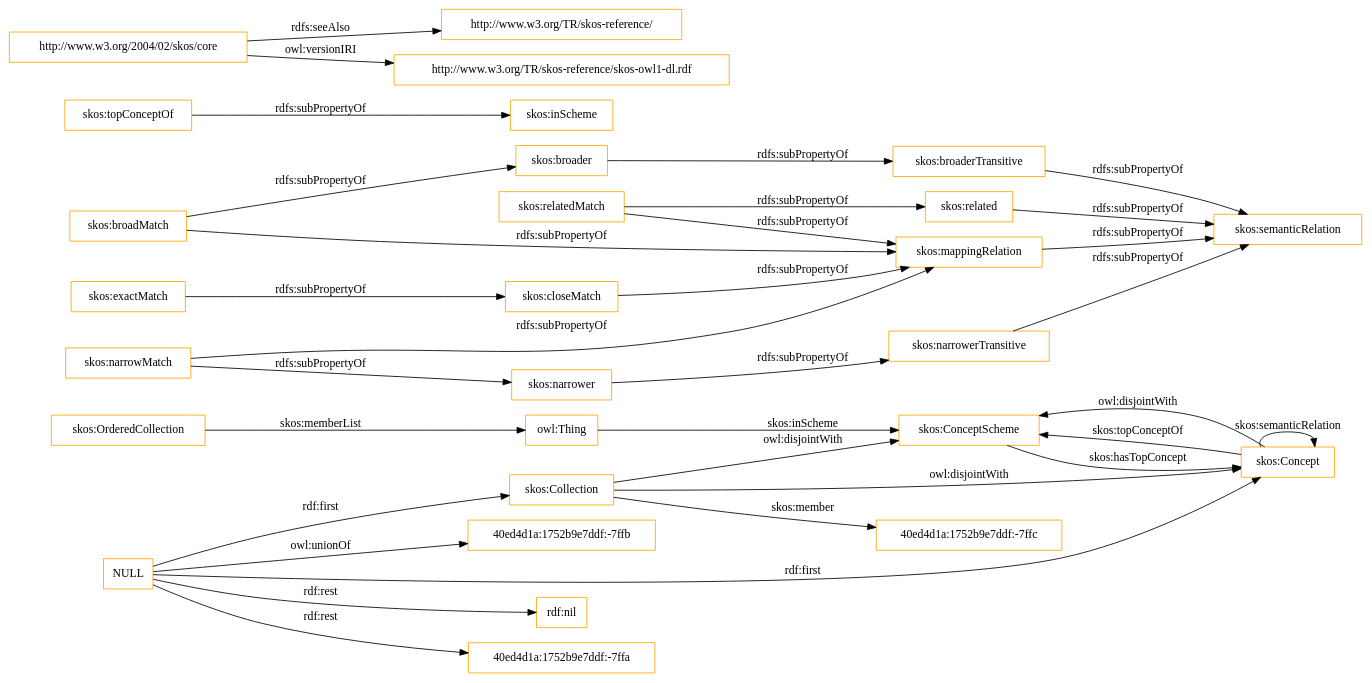
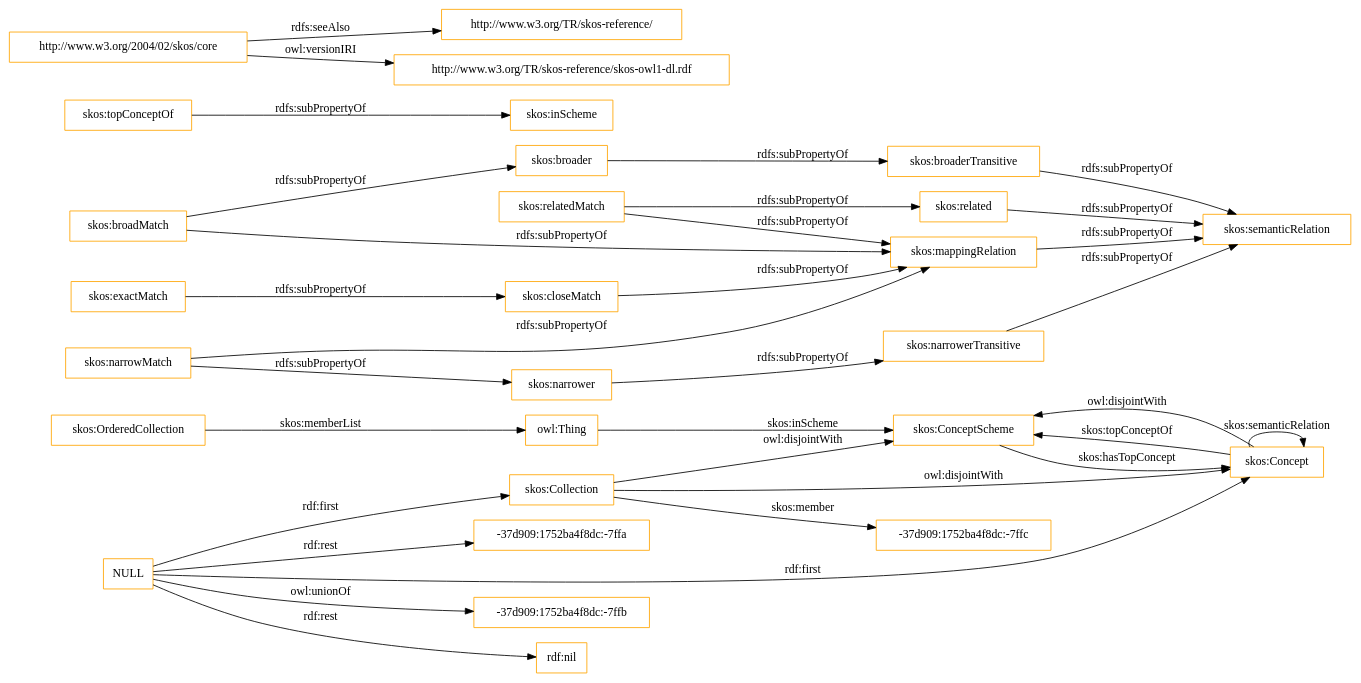
The diagram in OnToology/imports/skos.owl/diagrams/ar2dtool-class/skos.owl.png.dot (OnToologyUser/core-ontology-1), drawn with Graphviz before and after one commit. The commit also changed 14 other files, not shown here.

```diff
--- a/OnToology/imports/skos.owl/diagrams/ar2dtool-class/skos.owl.png.dot
+++ b/OnToology/imports/skos.owl/diagrams/ar2dtool-class/skos.owl.png.dot
@@ -1,37 +1,37 @@
 digraph ar2dtool_diagram { 
 rankdir=LR;
 size="1501"
-node [shape = rectangle, color="orange"]; "skos:OrderedCollection" "skos:ConceptScheme" "skos:Concept" "skos:Collection" "40ed4d1a:1752b9e7ddf:-7ffc" ; /*classes style*/
+node [shape = rectangle, color="orange"]; "skos:OrderedCollection" "skos:ConceptScheme" "skos:Concept" "skos:Collection" "-37d909:1752ba4f8dc:-7ffc" ; /*classes style*/
 	"skos:narrowerTransitive" -> "skos:semanticRelation" [ label = "rdfs:subPropertyOf" ];
+	"NULL" -> "-37d909:1752ba4f8dc:-7ffb" [ label = "owl:unionOf" ];
 	"NULL" -> "rdf:nil" [ label = "rdf:rest" ];
 	"NULL" -> "skos:Concept" [ label = "rdf:first" ];
-	"NULL" -> "40ed4d1a:1752b9e7ddf:-7ffa" [ label = "rdf:rest" ];
+	"NULL" -> "-37d909:1752ba4f8dc:-7ffa" [ label = "rdf:rest" ];
 	"NULL" -> "skos:Collection" [ label = "rdf:first" ];
-	"NULL" -> "40ed4d1a:1752b9e7ddf:-7ffb" [ label = "owl:unionOf" ];
 	"skos:closeMatch" -> "skos:mappingRelation" [ label = "rdfs:subPropertyOf" ];
 	"skos:Concept" -> "skos:ConceptScheme" [ label = "owl:disjointWith" ];
 	"skos:relatedMatch" -> "skos:related" [ label = "rdfs:subPropertyOf" ];
 	"skos:relatedMatch" -> "skos:mappingRelation" [ label = "rdfs:subPropertyOf" ];
 	"skos:related" -> "skos:semanticRelation" [ label = "rdfs:subPropertyOf" ];
 	"skos:topConceptOf" -> "skos:inScheme" [ label = "rdfs:subPropertyOf" ];
 	"skos:broadMatch" -> "skos:mappingRelation" [ label = "rdfs:subPropertyOf" ];
 	"skos:broadMatch" -> "skos:broader" [ label = "rdfs:subPropertyOf" ];
 	"skos:exactMatch" -> "skos:closeMatch" [ label = "rdfs:subPropertyOf" ];
 	"skos:broaderTransitive" -> "skos:semanticRelation" [ label = "rdfs:subPropertyOf" ];
 	"skos:broader" -> "skos:broaderTransitive" [ label = "rdfs:subPropertyOf" ];
 	"skos:mappingRelation" -> "skos:semanticRelation" [ label = "rdfs:subPropertyOf" ];
 	"http://www.w3.org/2004/02/skos/core" -> "http://www.w3.org/TR/skos-reference/" [ label = "rdfs:seeAlso" ];
 	"http://www.w3.org/2004/02/skos/core" -> "http://www.w3.org/TR/skos-reference/skos-owl1-dl.rdf" [ label = "owl:versionIRI" ];
 	"skos:Collection" -> "skos:ConceptScheme" [ label = "owl:disjointWith" ];
 	"skos:Collection" -> "skos:Concept" [ label = "owl:disjointWith" ];
 	"skos:narrower" -> "skos:narrowerTransitive" [ label = "rdfs:subPropertyOf" ];
 	"skos:narrowMatch" -> "skos:narrower" [ label = "rdfs:subPropertyOf" ];
 	"skos:narrowMatch" -> "skos:mappingRelation" [ label = "rdfs:subPropertyOf" ];
 	"skos:OrderedCollection" -> "owl:Thing" [ label = "skos:memberList" ];
 	"skos:Concept" -> "skos:ConceptScheme" [ label = "skos:topConceptOf" ];
 	"skos:Concept" -> "skos:Concept" [ label = "skos:semanticRelation" ];
-	"skos:Collection" -> "40ed4d1a:1752b9e7ddf:-7ffc" [ label = "skos:member" ];
+	"skos:Collection" -> "-37d909:1752ba4f8dc:-7ffc" [ label = "skos:member" ];
 	"skos:ConceptScheme" -> "skos:Concept" [ label = "skos:hasTopConcept" ];
 	"owl:Thing" -> "skos:ConceptScheme" [ label = "skos:inScheme" ];
 
 }
```
